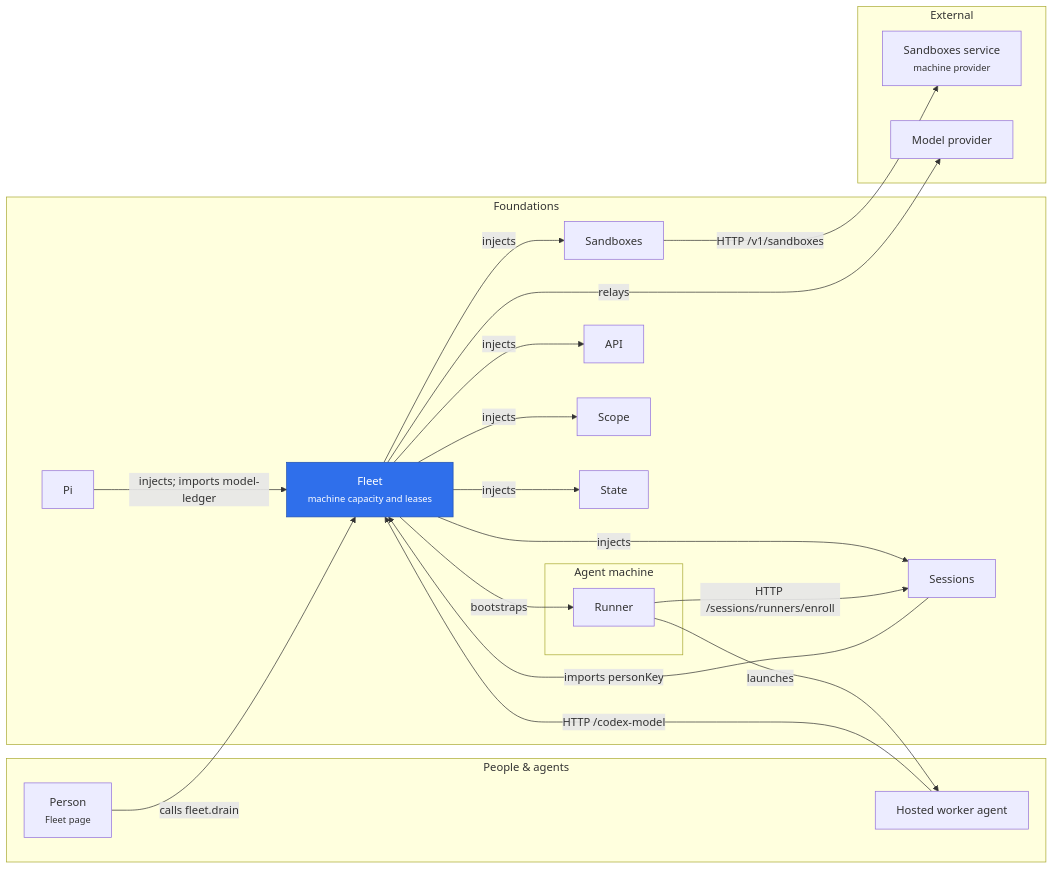
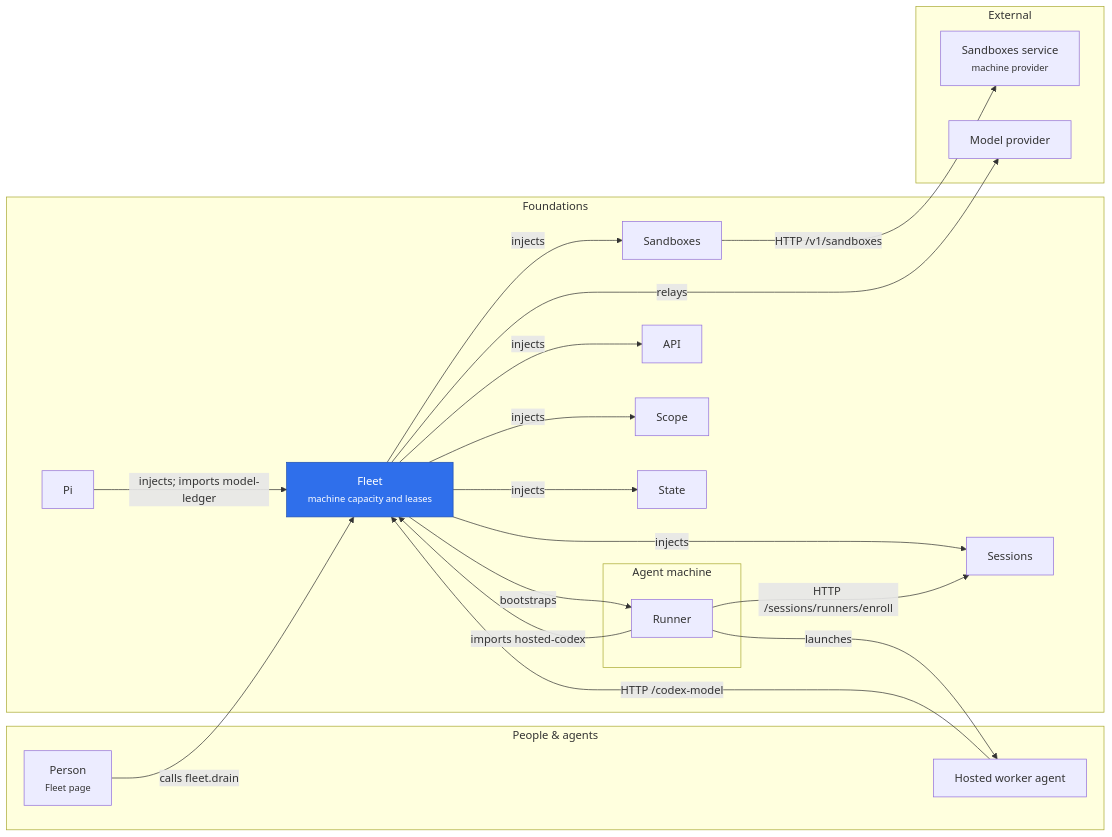
Before and after one commit to rapidreview-io/Merv: the diagram in merv-typescript/packages/fleet/README.md, drawn with Mermaid. The commit also changed other lines of this file and 31 other files, not shown here.

First line of the commit message:
Make Fleet the one grant authority for hosted Codex's model

````diff
--- a/merv-typescript/packages/fleet/README.md
+++ b/merv-typescript/packages/fleet/README.md
@@ -7,39 +7,39 @@
 ```mermaid
 flowchart LR
   subgraph peopleLayer["People & agents"]
     person["Person<br/><small>Fleet page</small>"]
     workerAgent["Hosted worker agent"]
   end
   subgraph foundationsLayer["Foundations"]
     pi["Pi"]
     fleet["Fleet<br/><small>machine capacity and leases</small>"]
     sessions["Sessions"]
     sandboxes["Sandboxes"]
     api["API"]
     scope["Scope"]
     state["State"]
     subgraph machine["Agent machine"]
       runner["Runner"]
     end
   end
   subgraph externalLayer["External"]
     sandboxesService["Sandboxes service<br/><small>machine provider</small>"]
     modelProvider["Model provider"]
   end
   person -- "calls fleet.drain" --> fleet
   pi -- "injects; imports model-ledger" --> fleet
-  sessions -- "imports personKey" --> fleet
   fleet -- "injects" --> sandboxes
   fleet -- "injects" --> sessions
   fleet -- "injects" --> api
   fleet -- "injects" --> scope
   fleet -- "injects" --> state
   sandboxes -- "HTTP /v1/sandboxes" --> sandboxesService
   fleet -- "bootstraps" --> runner
   runner -- "HTTP /sessions/runners/enroll" --> sessions
+  runner -- "imports hosted-codex" --> fleet
   runner -- "launches" --> workerAgent
   workerAgent -- "HTTP /codex-model" --> fleet
   fleet -- "relays" --> modelProvider
   classDef self fill:#2f6feb,color:#fff,stroke:#1f4fb0
   class fleet self
 ```
````
